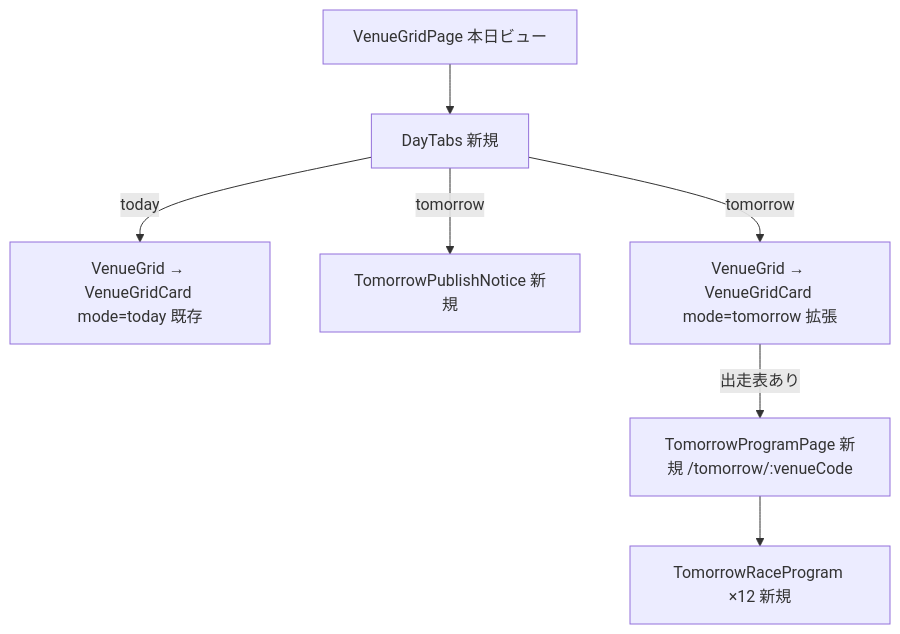
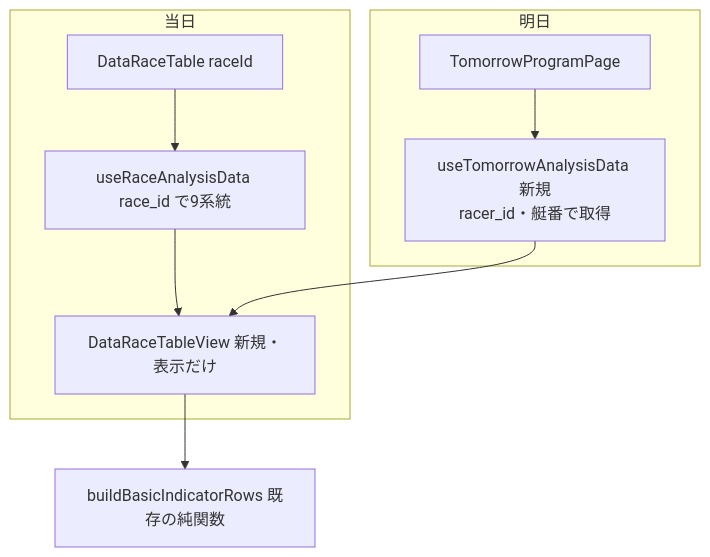
The third of 3 diagrams in docs/design/tomorrow-program/plan.md (rhapsody0919/boatrace-ai-predictor), drawn with Mermaid before and after one commit. The commit also changed other lines of this file and 3 other files, not shown here.

````diff
--- a/docs/design/tomorrow-program/plan.md
+++ b/docs/design/tomorrow-program/plan.md
@@ -155,9 +160,10 @@
 ```mermaid
 flowchart TB
-  VGP[VenueGridPage 本日ビュー] --> DT[DayTabs 新規]
-  DT -->|today| VG1[VenueGrid → VenueGridCard mode=today 既存]
-  DT -->|tomorrow| N[TomorrowPublishNotice 新規]
-  DT -->|tomorrow| VG2[VenueGrid → VenueGridCard mode=tomorrow 拡張]
-  VG2 -->|出走表あり| P[TomorrowProgramPage 新規 /tomorrow/:venueCode]
-  P --> R[TomorrowRaceProgram ×12 新規]
+  subgraph 当日
+    DRT[DataRaceTable raceId] --> H1[useRaceAnalysisData race_id で9系統] --> V[DataRaceTableView 新規・表示だけ]
+  end
+  subgraph 明日
+    TP[TomorrowProgramPage] --> H2[useTomorrowAnalysisData 新規<br/>racer_id・艇番で取得] --> V
+  end
+  V --> R[buildBasicIndicatorRows 既存の純関数]
 ```
````
